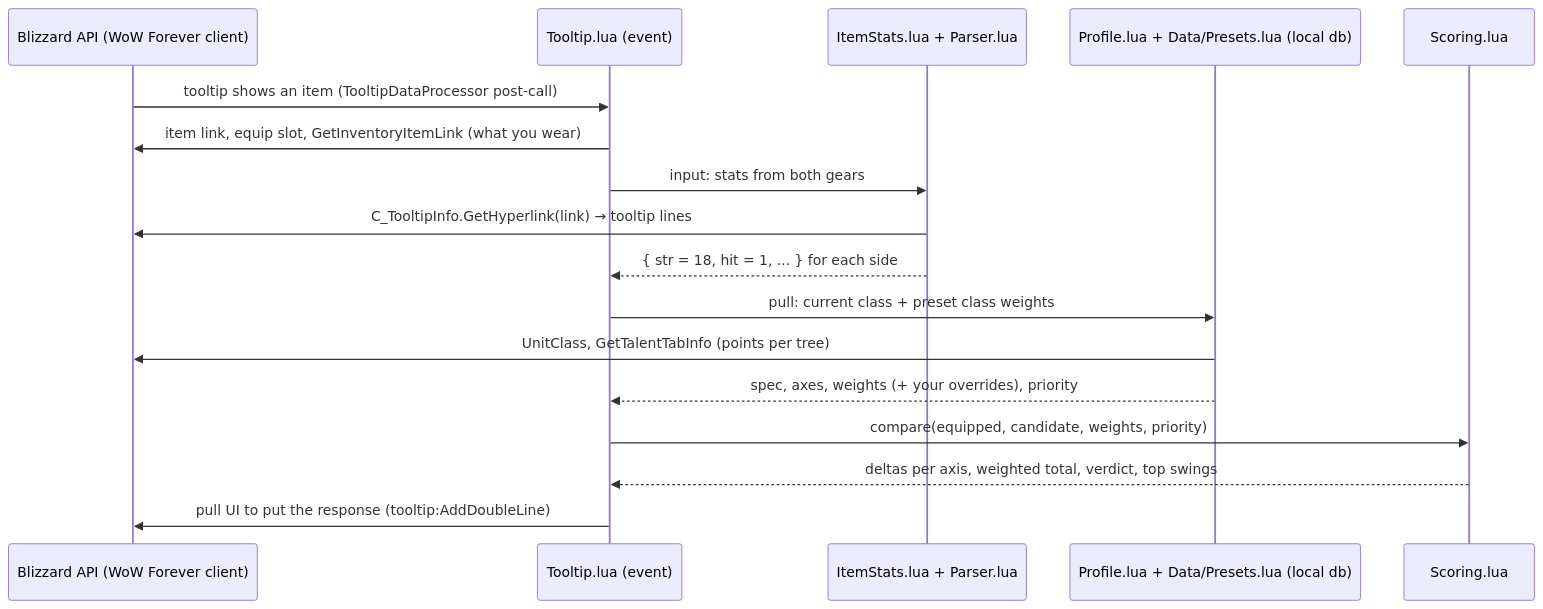
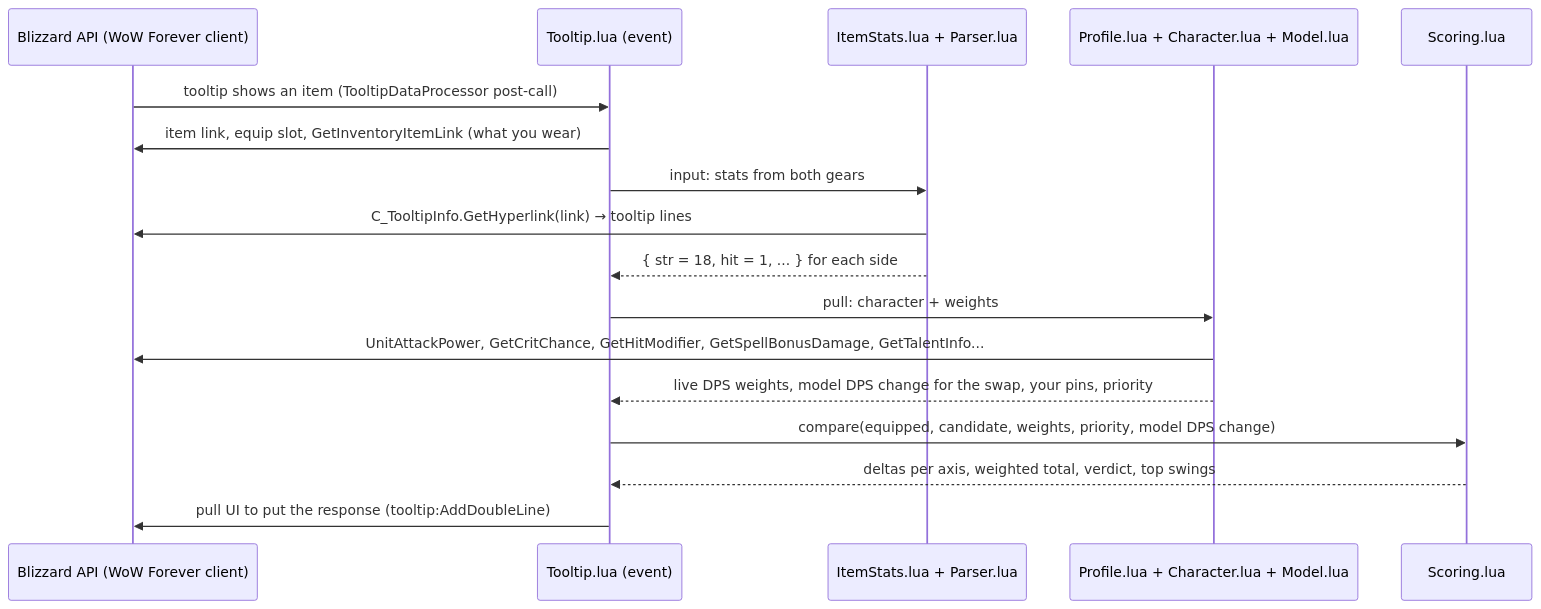
One commit to terry-turcotte/ForeverGearScale changed the diagram in README.md. Above: the diagram before and after it, drawn with Mermaid. The commit also changed other lines of this file and 14 other files, not shown here.

First line of the commit message:
Ret Paladin only, with live DPS weights from the character sheet

````diff
--- a/README.md
+++ b/README.md
@@ -68,20 +75,20 @@
 ```mermaid
 sequenceDiagram
     participant API as Blizzard API (WoW Forever client)
     participant Hook as Tooltip.lua (event)
     participant Stats as ItemStats.lua + Parser.lua
-    participant Prof as Profile.lua + Data/Presets.lua (local db)
+    participant Prof as Profile.lua + Character.lua + Model.lua
     participant Score as Scoring.lua
 
     API->>Hook: tooltip shows an item (TooltipDataProcessor post-call)
     Hook->>API: item link, equip slot, GetInventoryItemLink (what you wear)
     Hook->>Stats: input: stats from both gears
     Stats->>API: C_TooltipInfo.GetHyperlink(link) → tooltip lines
     Stats-->>Hook: { str = 18, hit = 1, ... } for each side
-    Hook->>Prof: pull: current class + preset class weights
-    Prof->>API: UnitClass, GetTalentTabInfo (points per tree)
-    Prof-->>Hook: spec, axes, weights (+ your overrides), priority
-    Hook->>Score: compare(equipped, candidate, weights, priority)
+    Hook->>Prof: pull: character + weights
+    Prof->>API: UnitAttackPower, GetCritChance, GetHitModifier, GetSpellBonusDamage, GetTalentInfo...
+    Prof-->>Hook: live DPS weights, model DPS change for the swap, your pins, priority
+    Hook->>Score: compare(equipped, candidate, weights, priority, model DPS change)
     Score-->>Hook: deltas per axis, weighted total, verdict, top swings
     Hook->>API: pull UI to put the response (tooltip:AddDoubleLine)
 ```
````
